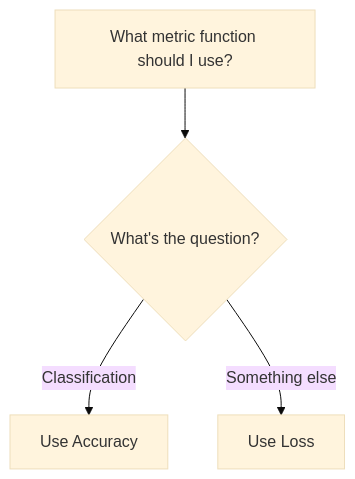
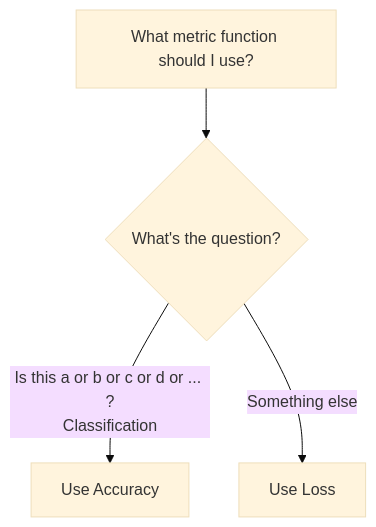
One commit to armakuni/neuralnet-cheat-sheet changed the second of 3 diagrams in README.md. Above: the diagram before and after it, drawn with Mermaid (base theme).

Commit message:
fix: Use same language for in metric as one above

````diff
--- a/README.md
+++ b/README.md
@@ -24,6 +24,6 @@
 ```mermaid
 graph TD
     A[What metric function should I use?] --> B{"What's the question?"}
-    B -->|Classification| C[Use Accuracy]
+    B -->|"Is this a or b or c or d or ... ?<br />Classification"| C[Use Accuracy]
     B -->|Something else| D[Use Loss]
 ```
````
